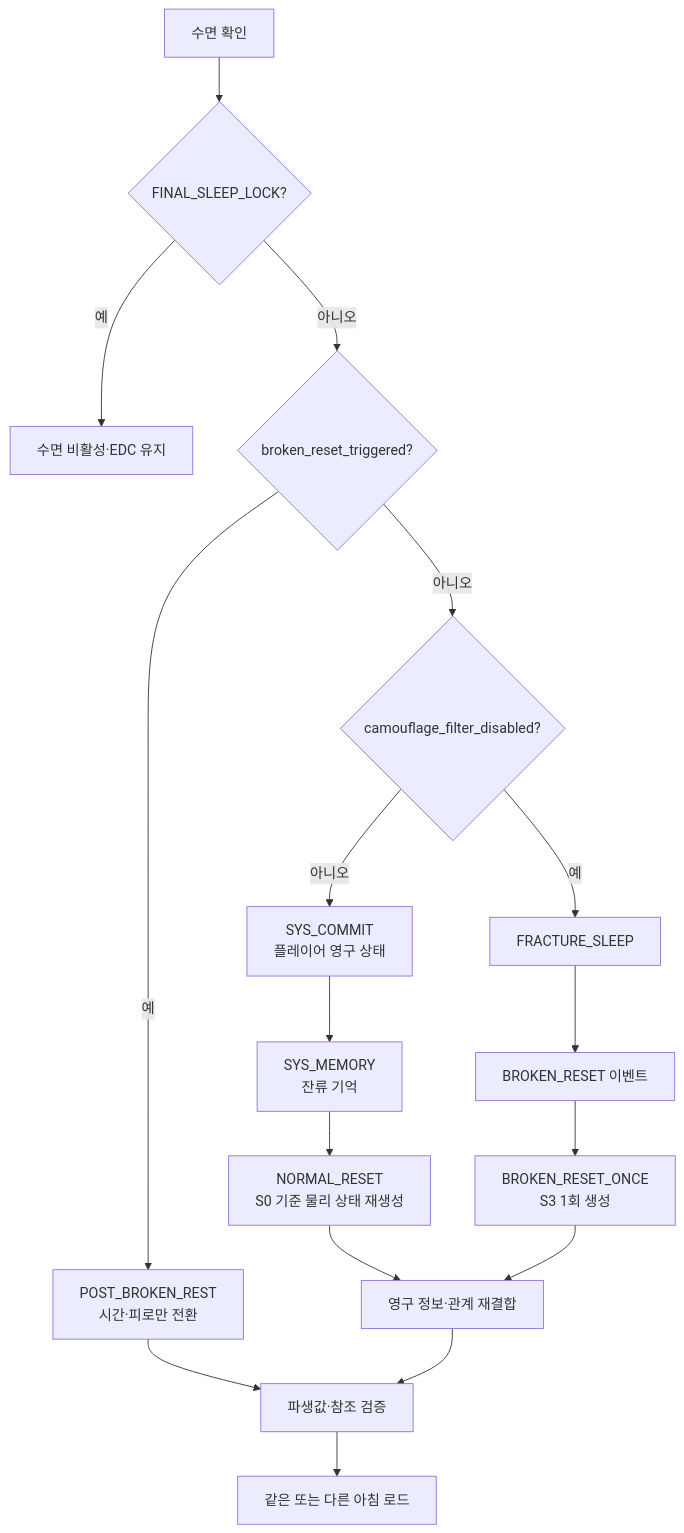
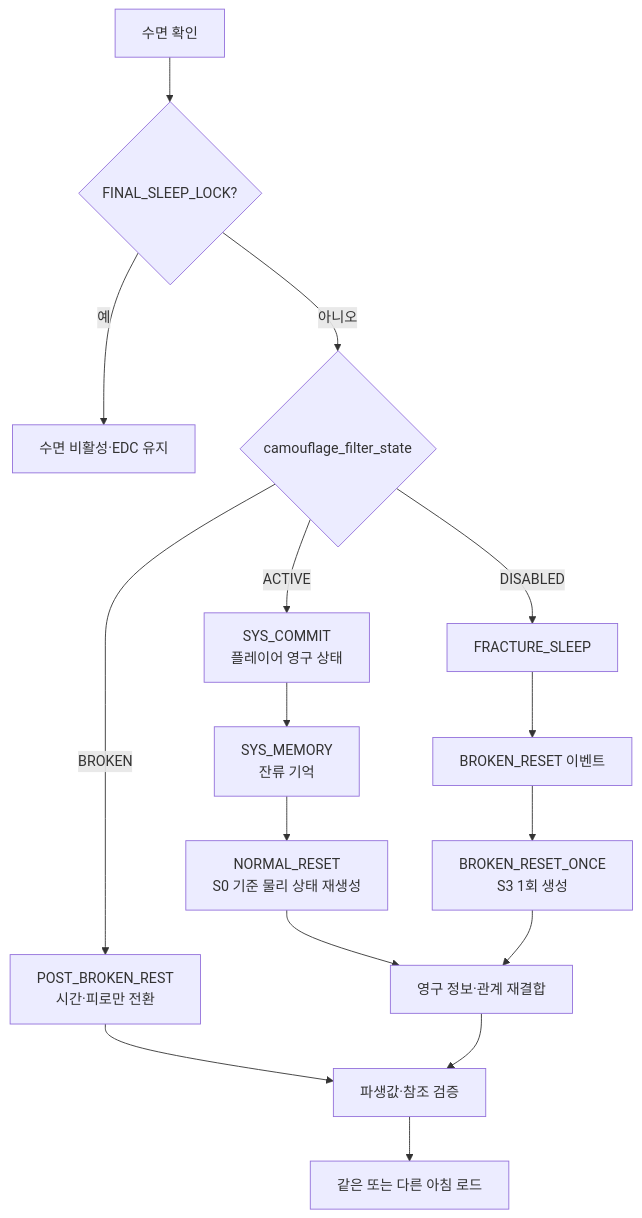
One commit to devb-eru/ggb changed the diagram in ideas/md/v04/17_상태변수_이벤트ID_Godot데이터구조.md. Above: the diagram before and after it, drawn with Mermaid. The commit also changed other lines of this file and 8 other files, not shown here.

Commit message:
docs: unify camouflage filter state

````diff
--- a/ideas/md/v04/17_상태변수_이벤트ID_Godot데이터구조.md
+++ b/ideas/md/v04/17_상태변수_이벤트ID_Godot데이터구조.md
@@ -852,19 +869,18 @@
 ```mermaid
 flowchart TD
     S["수면 확인"] --> F{"FINAL_SLEEP_LOCK?"}
     F -- "예" --> L["수면 비활성·EDC 유지"]
-    F -- "아니오" --> B{"broken_reset_triggered?"}
-    B -- "예" --> R["POST_BROKEN_REST<br/>시간·피로만 전환"]
-    B -- "아니오" --> C{"camouflage_filter_disabled?"}
-    C -- "예" --> FS["FRACTURE_SLEEP"]
+    F -- "아니오" --> C{"camouflage_filter_state"}
+    C -- "BROKEN" --> R["POST_BROKEN_REST<br/>시간·피로만 전환"]
+    C -- "DISABLED" --> FS["FRACTURE_SLEEP"]
     FS --> BR["BROKEN_RESET 이벤트"]
     BR --> O["BROKEN_RESET_ONCE<br/>S3 1회 생성"]
-    C -- "아니오" --> SC["SYS_COMMIT<br/>플레이어 영구 상태"]
+    C -- "ACTIVE" --> SC["SYS_COMMIT<br/>플레이어 영구 상태"]
     SC --> SM["SYS_MEMORY<br/>잔류 기억"]
     SM --> N["NORMAL_RESET<br/>S0 기준 물리 상태 재생성"]
     N --> P["영구 정보·관계 재결합"]
     O --> P
     R --> V["파생값·참조 검증"]
     P --> V
     V --> M["같은 또는 다른 아침 로드"]
 ```
````
